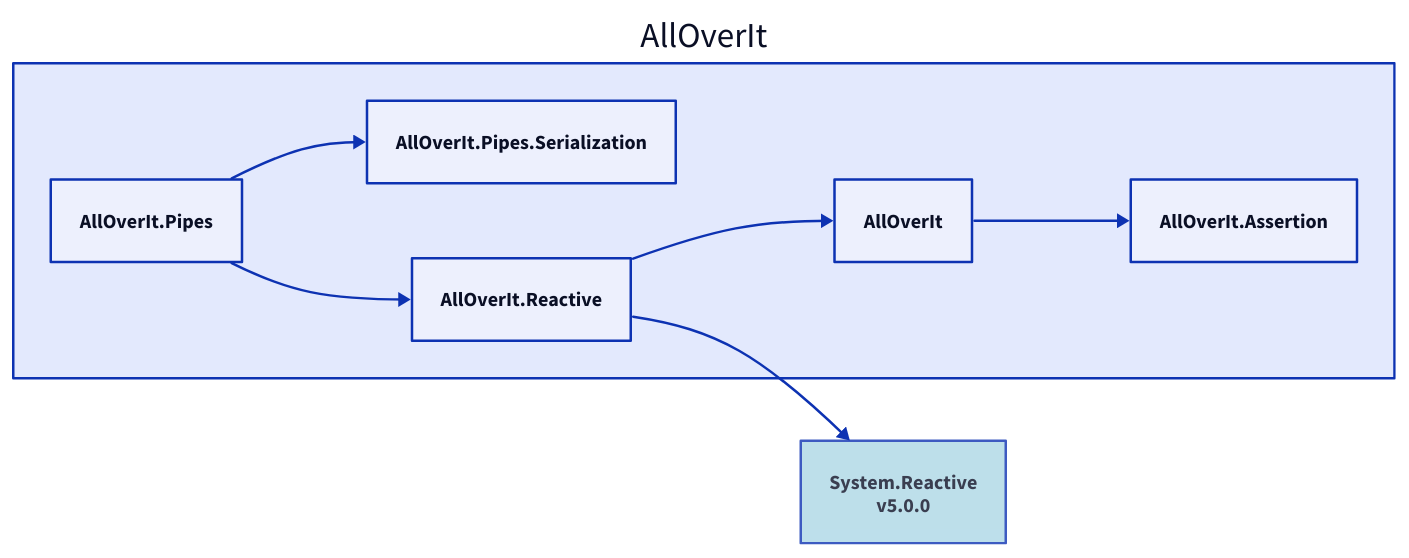
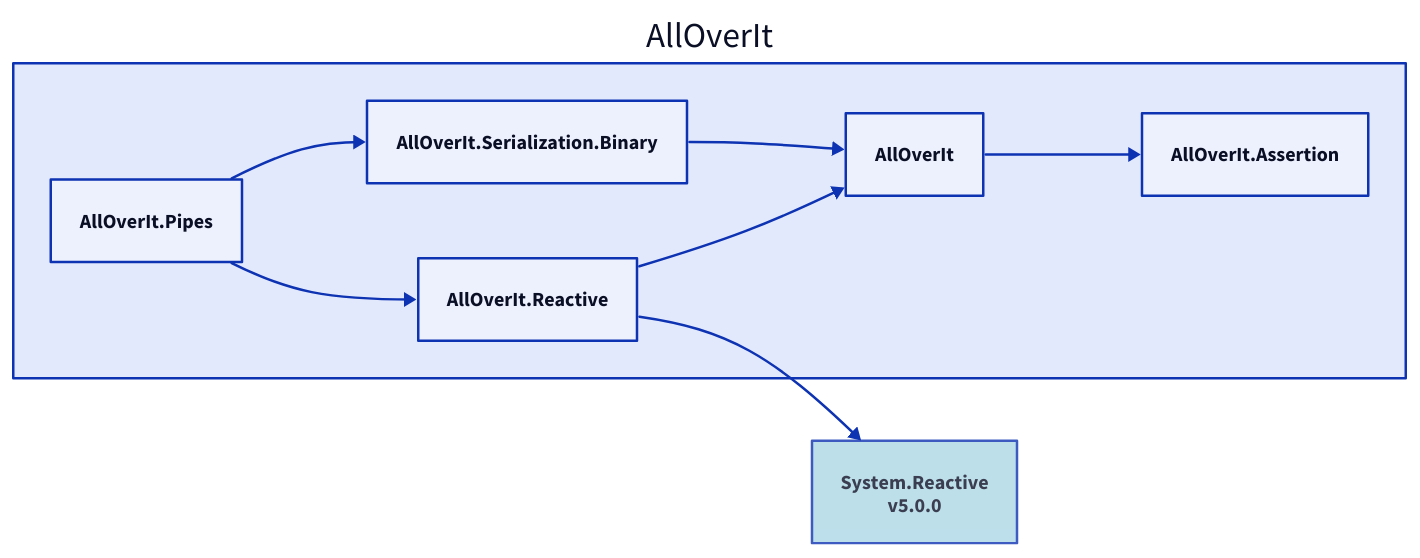
Before and after one commit to nickathone/AllOverIt: the diagram in Docs/Dependencies/alloverit-pipes.d2, drawn with D2. The commit also changed 4 other files, not shown here.

Commit message:
Dependency diagram updates

```diff
--- a/Docs/Dependencies/alloverit-pipes.d2
+++ b/Docs/Dependencies/alloverit-pipes.d2
@@ -1,16 +1,17 @@
 direction: right
 
 aoi: AllOverIt
 aoi.alloverit-pipes: AllOverIt.Pipes
-aoi.alloverit-pipes-serialization: AllOverIt.Pipes.Serialization
-aoi.alloverit-pipes-serialization <- aoi.alloverit-pipes
+aoi.alloverit-serialization-binary: AllOverIt.Serialization.Binary
+aoi.alloverit: AllOverIt
+aoi.alloverit-assertion: AllOverIt.Assertion
+aoi.alloverit-assertion <- aoi.alloverit
+aoi.alloverit <- aoi.alloverit-serialization-binary
+aoi.alloverit-serialization-binary <- aoi.alloverit-pipes
 aoi.alloverit-reactive: AllOverIt.Reactive
 system-reactive_5-0-0: System.Reactive\nv5.0.0
 system-reactive_5-0-0.style.fill: "#ADD8E6"
 system-reactive_5-0-0.style.opacity: 0.8
 system-reactive_5-0-0 <- aoi.alloverit-reactive
-aoi.alloverit: AllOverIt
-aoi.alloverit-assertion: AllOverIt.Assertion
-aoi.alloverit-assertion <- aoi.alloverit
 aoi.alloverit <- aoi.alloverit-reactive
 aoi.alloverit-reactive <- aoi.alloverit-pipes
```
